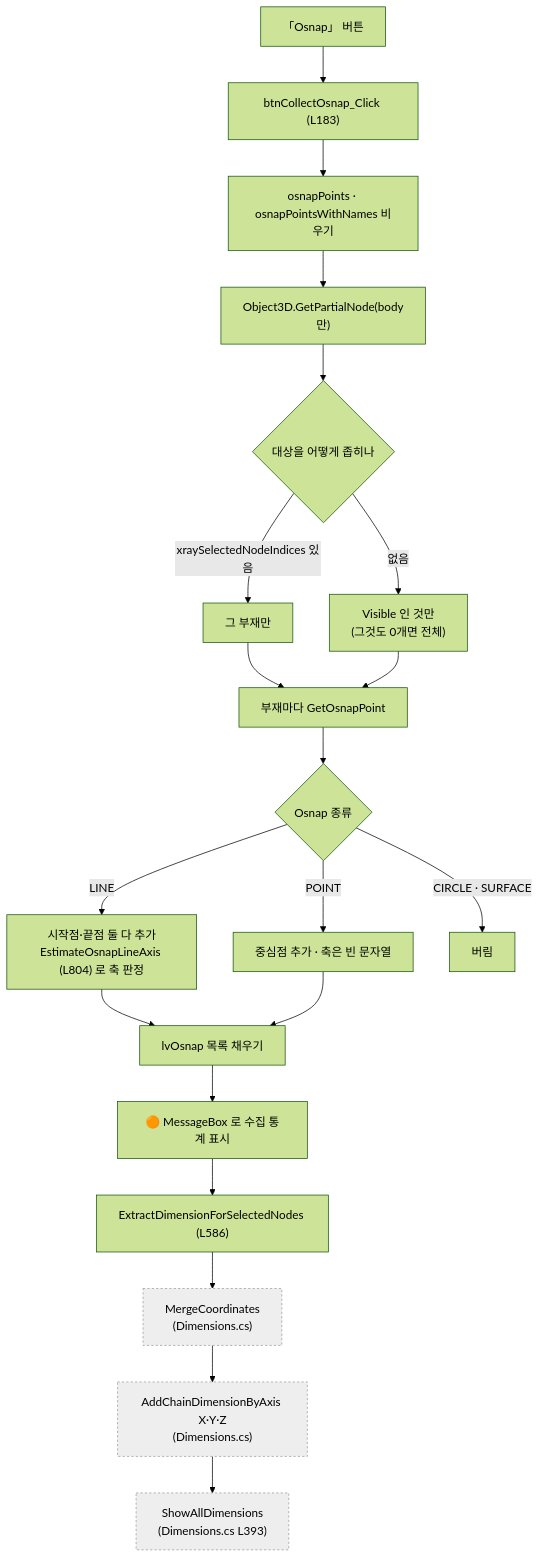
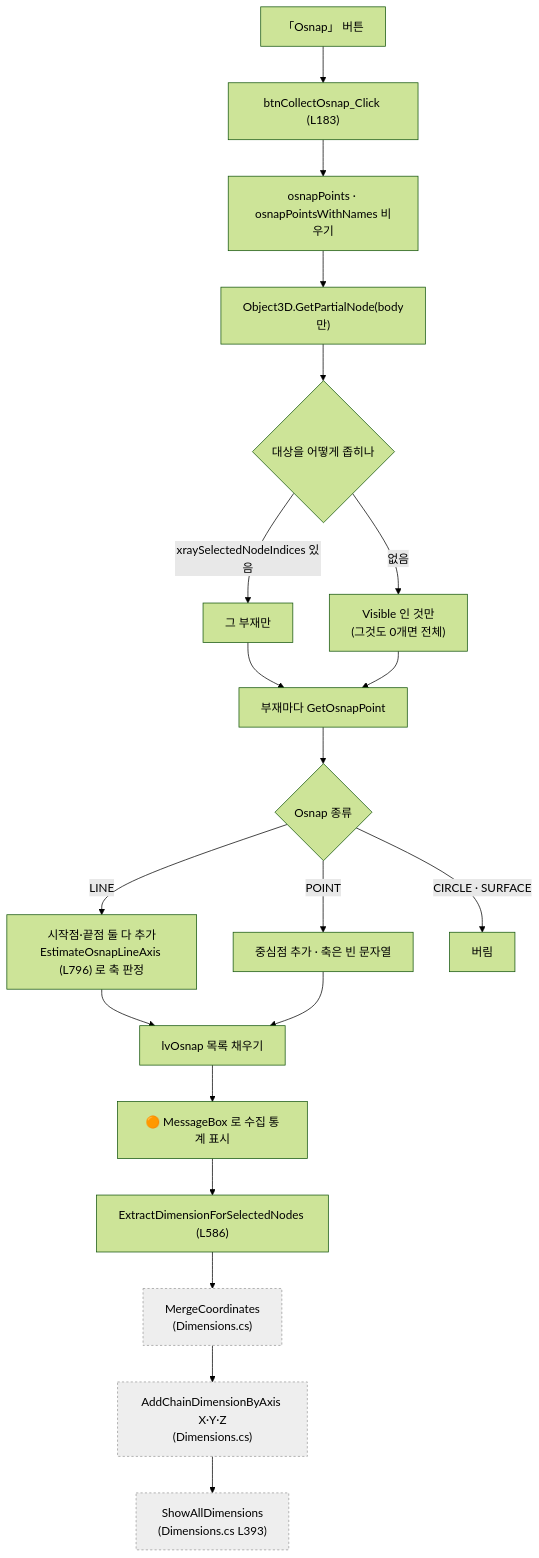
The first of 2 diagrams in docs/코드분석/파일별/Form1.Drawing2D.md (uuuuj/a2z), drawn with Mermaid (forest theme) before and after one commit. The commit also changed other lines of this file and 13 other files, not shown here.

````diff
--- a/docs/코드분석/파일별/Form1.Drawing2D.md
+++ b/docs/코드분석/파일별/Form1.Drawing2D.md
@@ -52,23 +52,23 @@
 ```mermaid
 flowchart TD
     A["「Osnap」 버튼"] --> B["btnCollectOsnap_Click (L183)"]
     B --> C["osnapPoints · osnapPointsWithNames 비우기"]
     C --> D["Object3D.GetPartialNode(body만)"]
     D --> E{"대상을 어떻게 좁히나"}
     E -- "xraySelectedNodeIndices 있음" --> F["그 부재만"]
     E -- "없음" --> G["Visible 인 것만<br/>(그것도 0개면 전체)"]
     F --> H["부재마다 GetOsnapPoint"]
     G --> H
     H --> I{"Osnap 종류"}
-    I -- LINE --> J["시작점·끝점 둘 다 추가<br/>EstimateOsnapLineAxis (L804) 로 축 판정"]
+    I -- LINE --> J["시작점·끝점 둘 다 추가<br/>EstimateOsnapLineAxis (L796) 로 축 판정"]
     I -- POINT --> K["중심점 추가 · 축은 빈 문자열"]
     I -- "CIRCLE · SURFACE" --> L["버림"]
     J --> M["lvOsnap 목록 채우기"]
     K --> M
     M --> N["🟠 MessageBox 로 수집 통계 표시"]
     N --> O["ExtractDimensionForSelectedNodes (L586)"]
     O --> P["MergeCoordinates<br/>(Dimensions.cs)"]:::other
     P --> Q["AddChainDimensionByAxis X·Y·Z<br/>(Dimensions.cs)"]:::other
     Q --> R["ShowAllDimensions<br/>(Dimensions.cs L393)"]:::other
     classDef other fill:#eee,stroke:#999,stroke-dasharray:3
 ```
````
